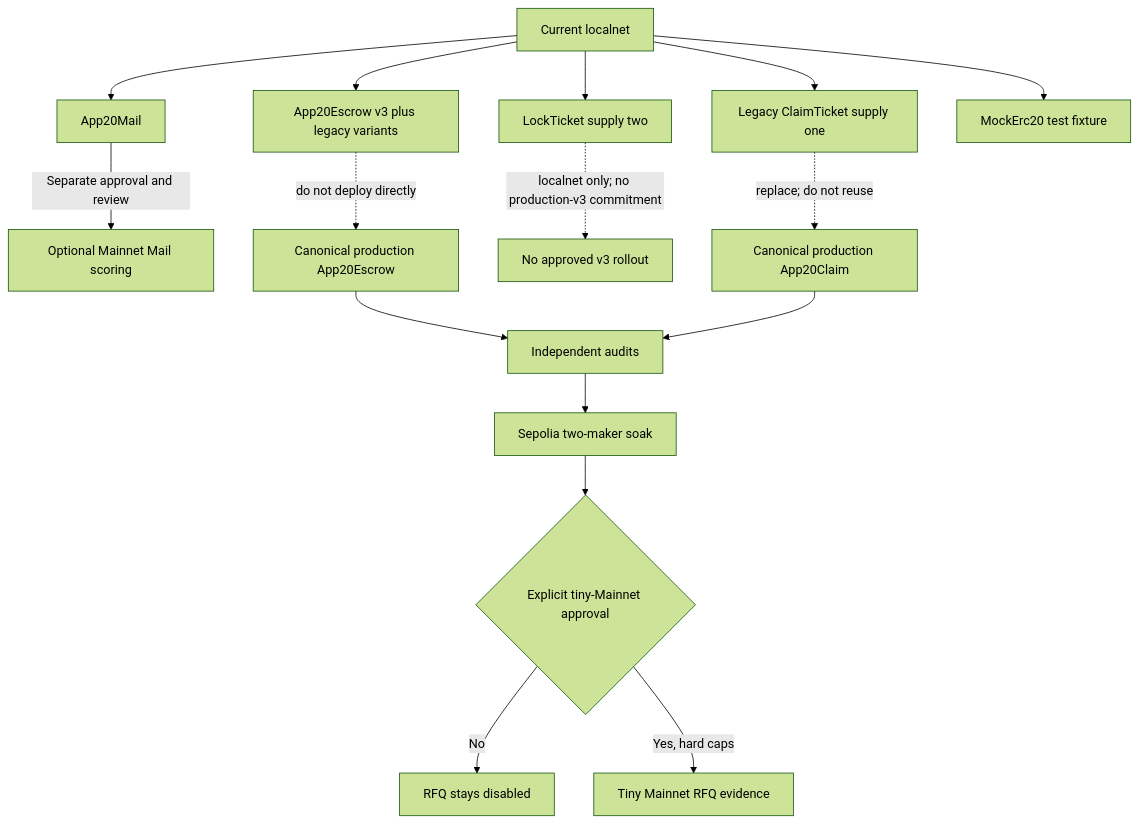
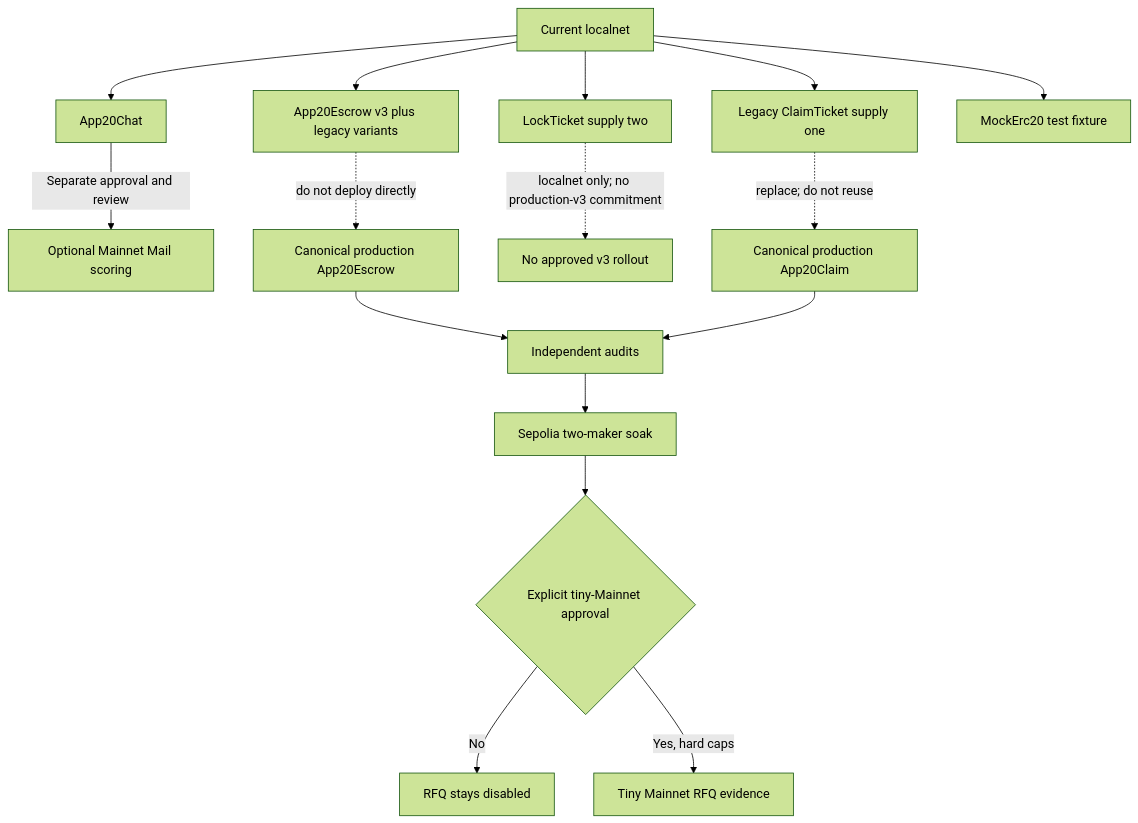
One commit to gstohl/app20 changed the seventh of 8 diagrams in README.md. Above: the diagram before and after it, drawn with Mermaid (forest theme). The commit also changed 69 other files, not shown here.

Commit message:
Polish Chat UX and recovery and rename messaging contract to App20Chat

````diff
--- a/README.md
+++ b/README.md
@@ -299,19 +299,19 @@
 ```mermaid
 flowchart TD
-    L[Current localnet] --> LM[App20Mail]
+    L[Current localnet] --> LM[App20Chat]
     L --> LE[App20Escrow v3 plus legacy variants]
     L --> LT[LockTicket supply two]
     L --> CT[Legacy ClaimTicket supply one]
     L --> ME[MockErc20 test fixture]
 
     LM -->|Separate approval and review| MS[Optional Mainnet Mail scoring]
     LE -. do not deploy directly .-> VN[Canonical production App20Escrow]
     LT -. localnet only; no production-v3 commitment .-> LTO[No approved v3 rollout]
     CT -. replace; do not reuse .-> TN[Canonical production App20Claim]
     VN --> A[Independent audits]
     TN --> A
     A --> S[Sepolia two-maker soak]
     S --> H{Explicit tiny-Mainnet approval}
     H -->|No| STOP[RFQ stays disabled]
     H -->|Yes, hard caps| MM[Tiny Mainnet RFQ evidence]
 ```
````
